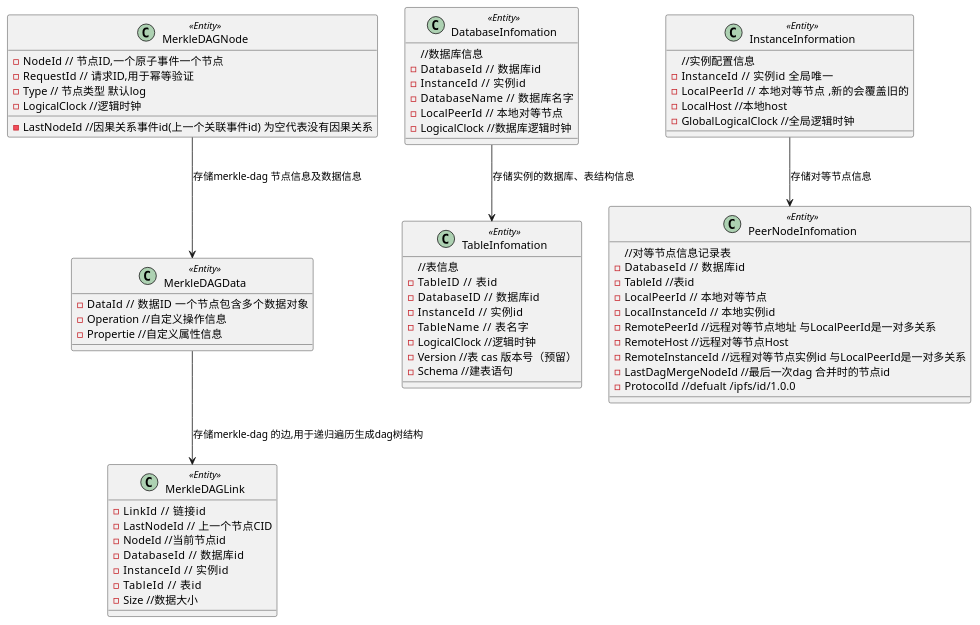
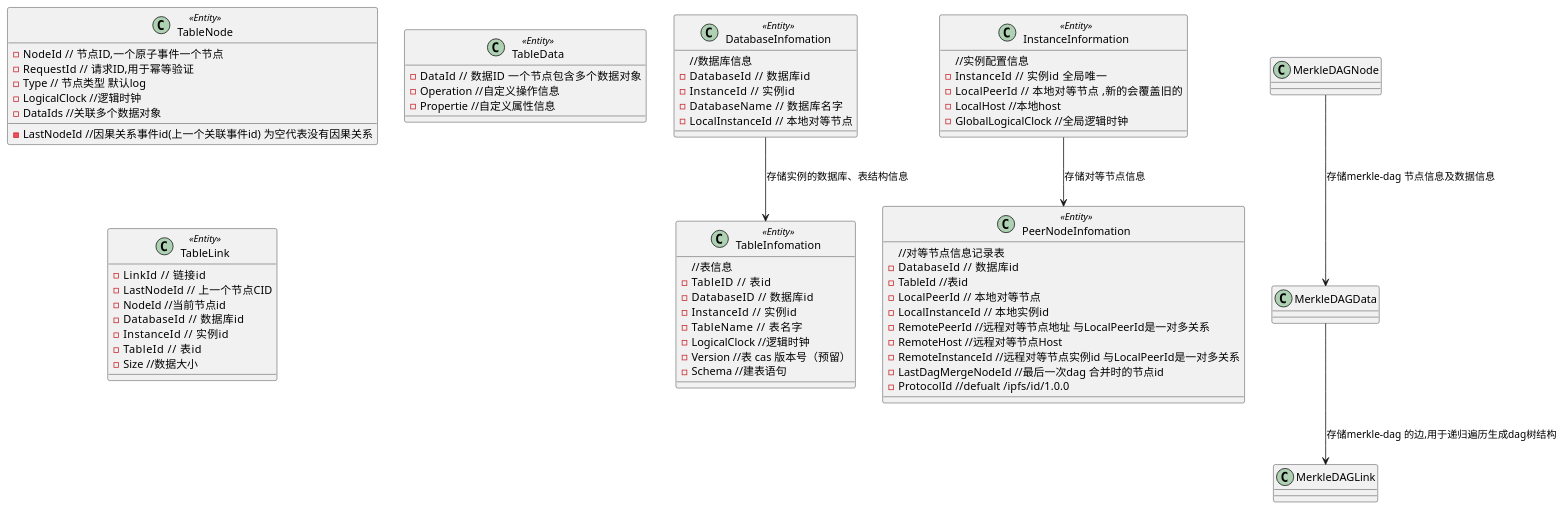
The diagram in docs/zh-cn/entity/persistence.puml (Rock-Lee-520/p2pdb), drawn with PlantUML before and after one commit. The commit also changed 3 other files, not shown here.

```diff
--- a/docs/zh-cn/entity/persistence.puml
+++ b/docs/zh-cn/entity/persistence.puml
@@ -3,96 +3,96 @@
 @startuml
 
-class MerkleDAGNode <<Entity>> {
+class TableNode <<Entity>> {
     - NodeId  // 节点ID,一个原子事件一个节点
     - RequestId //  请求ID,用于幂等验证
     - Type // 节点类型 默认log
     - LogicalClock //逻辑时钟
     - LastNodeId //因果关系事件id(上一个关联事件id) 为空代表没有因果关系                 
+    - DataIds //关联多个数据对象            
 }
 
 
-class MerkleDAGData <<Entity>> {
+class TableData <<Entity>> {
     - DataId  // 数据ID  一个节点包含多个数据对象
     - Operation //自定义操作信息
     - Propertie //自定义属性信息                 
 }
 
-class MerkleDAGLink <<Entity>> {
+class TableLink <<Entity>> {
     - LinkId   // 链接id
     - LastNodeId  // 上一个节点CID
     - NodeId //当前节点id
     - DatabaseId   // 数据库id
     - InstanceId   // 实例id
     - TableId   // 表id
     - Size //数据大小
 }
 
 
 class DatabaseInfomation <<Entity>> {
     //数据库信息
     - DatabaseId   // 数据库id
     - InstanceId   // 实例id
     - DatabaseName   // 数据库名字
-    - LocalPeerId  // 本地对等节点
-    - LogicalClock //数据库逻辑时钟
+    - LocalInstanceId  // 本地对等节点
 }
 
 
 class TableInfomation <<Entity>> {
     //表信息
     - TableID   // 表id 
     - DatabaseID   // 数据库id 
     - InstanceId   // 实例id
     - TableName   // 表名字
     - LogicalClock //逻辑时钟
     - Version //表 cas 版本号（预留）
     - Schema //建表语句
 
 }
 
 
 class PeerNodeInfomation <<Entity>> {
     //对等节点信息记录表
     - DatabaseId   // 数据库id
     - TableId //表id
     - LocalPeerId  // 本地对等节点
     - LocalInstanceId  // 本地实例id
     - RemotePeerId //远程对等节点地址 与LocalPeerId是一对多关系
     - RemoteHost //远程对等节点Host 
     - RemoteInstanceId //远程对等节点实例id 与LocalPeerId是一对多关系
     - LastDagMergeNodeId //最后一次dag 合并时的节点id
     - ProtocolId  //defualt /ipfs/id/1.0.0
 }
 
 
 
 
 
 
 class InstanceInformation <<Entity>> {
     //实例配置信息
     - InstanceId  // 实例id  全局唯一
     - LocalPeerId  // 本地对等节点  ,新的会覆盖旧的
     - LocalHost //本地host
     - GlobalLogicalClock //全局逻辑时钟
 
 }
 
 
 
 InstanceInformation --> PeerNodeInfomation : 存储对等节点信息
 ' note on link #red: note that is red
 
 
 ' PeerNodeInfomation --> NodeSyncInfomation : A link
 MerkleDAGNode --> MerkleDAGData : 存储merkle-dag 节点信息及数据信息
 ' note right on link #blue
 ' this is my note on right link
 ' end note
 
 MerkleDAGData --> MerkleDAGLink : 存储merkle-dag 的边,用于递归遍历生成dag树结构
 ' note right on link #blue
 ' this is my note on right link
 ' end note
 DatabaseInfomation --> TableInfomation :存储实例的数据库、表结构信息
 @enduml
```
